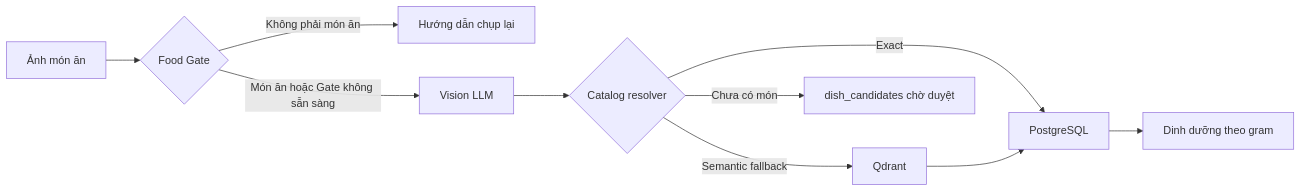
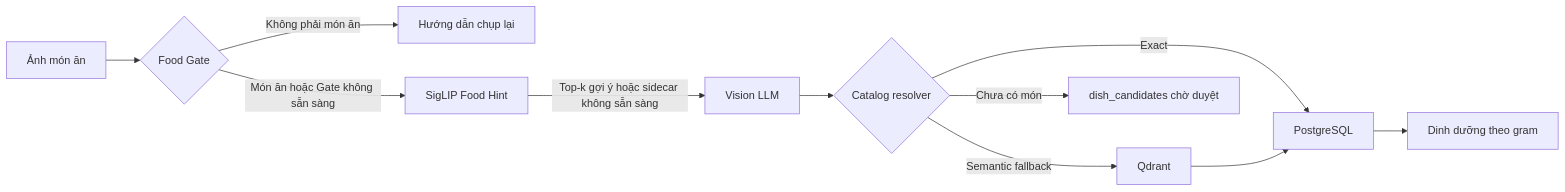
One commit to LongFixBug/Dish-AI changed the diagram in README.md. Above: the diagram before and after it, drawn with Mermaid. The commit also changed other lines of this file and 1 other file, not shown here.

Commit message:
docs: document enabled SigLIP food hints

````diff
--- a/README.md
+++ b/README.md
@@ -7,12 +7,13 @@
 ```mermaid
 flowchart LR
     A[Ảnh món ăn] --> G{Food Gate}
     G -->|Không phải món ăn| B[Hướng dẫn chụp lại]
-    G -->|Món ăn hoặc Gate không sẵn sàng| V[Vision LLM]
+    G -->|Món ăn hoặc Gate không sẵn sàng| H[SigLIP Food Hint]
+    H -->|Top-k gợi ý hoặc sidecar không sẵn sàng| V[Vision LLM]
     V --> R{Catalog resolver}
     R -->|Exact| P[PostgreSQL]
     R -->|Semantic fallback| Q[Qdrant]
     Q --> P
     R -->|Chưa có món| C[dish_candidates chờ duyệt]
     P --> N[Dinh dưỡng theo gram]
 ```
````
